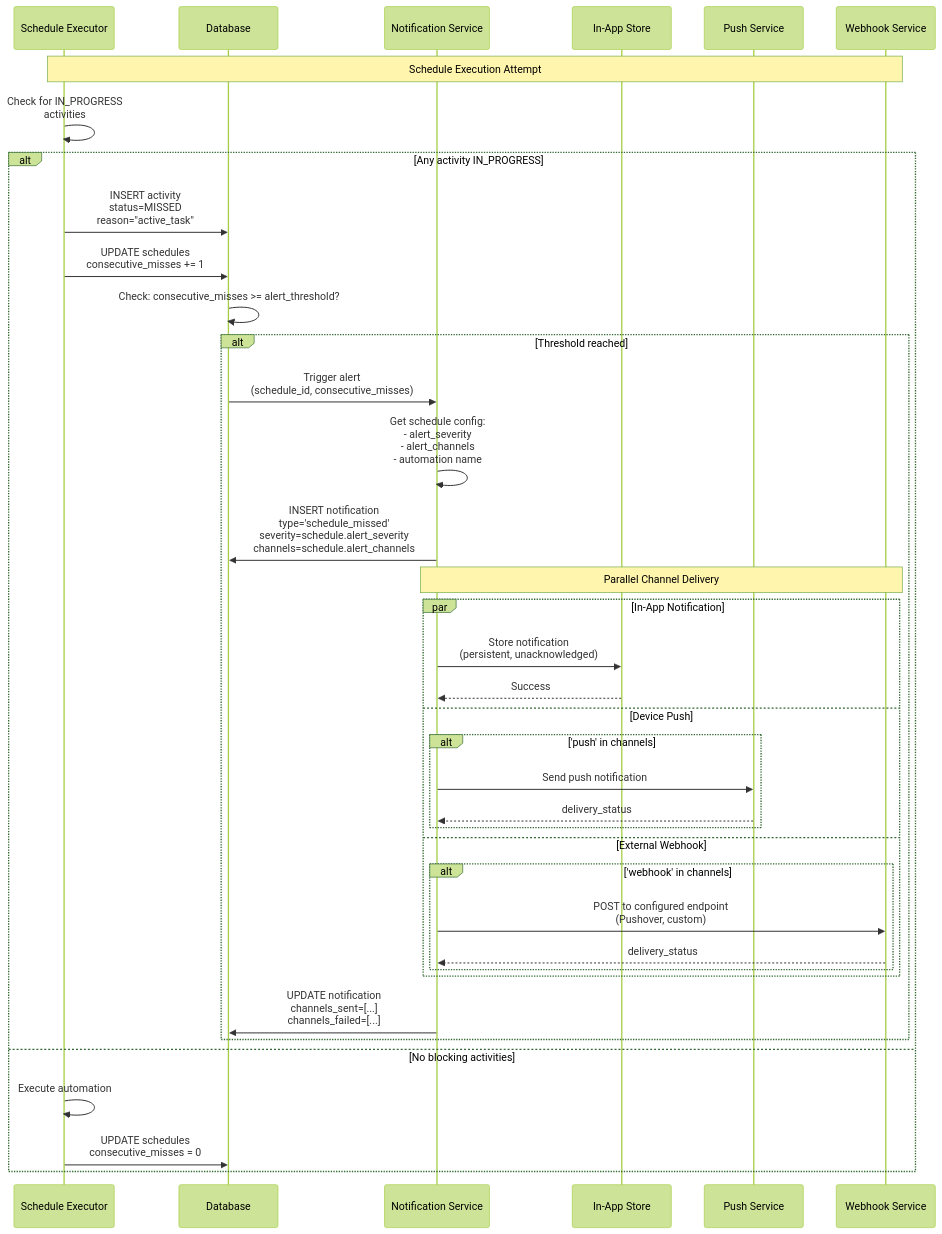
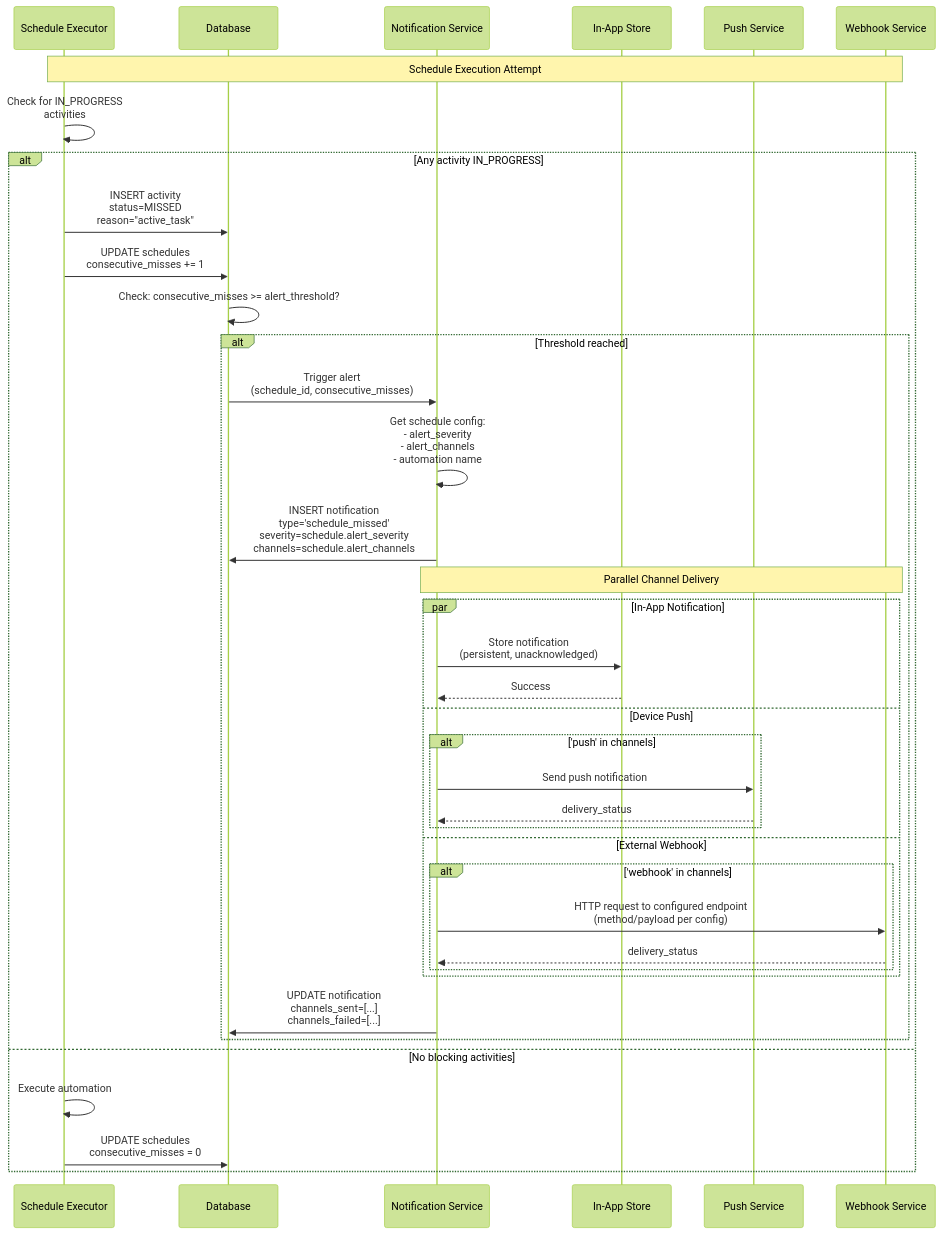
Before and after one commit to tkottke90/ai-assistant-2: the tenth of 25 diagrams in docs/ai-automation-system-design.md, drawn with Mermaid (forest theme). The commit also changed other lines of this file and 167 other files, not shown here.

````diff
--- a/docs/ai-automation-system-design.md
+++ b/docs/ai-automation-system-design.md
@@ -2611,49 +2705,49 @@
 ```mermaid
 sequenceDiagram
     participant Sched as Schedule Executor
     participant DB as Database
     participant NotifSvc as Notification Service
     participant InApp as In-App Store
     participant Push as Push Service
     participant Webhook as Webhook Service
     
     Note over Sched,Webhook: Schedule Execution Attempt
     Sched->>Sched: Check for IN_PROGRESS<br/>activities
     
     alt Any activity IN_PROGRESS
         Sched->>DB: INSERT activity<br/>status=MISSED<br/>reason="active_task"
         Sched->>DB: UPDATE schedules<br/>consecutive_misses += 1
         
         DB->>DB: Check: consecutive_misses >= alert_threshold?
         
         alt Threshold reached
             DB->>NotifSvc: Trigger alert<br/>(schedule_id, consecutive_misses)
             
             NotifSvc->>NotifSvc: Get schedule config:<br/>- alert_severity<br/>- alert_channels<br/>- automation name
             
             NotifSvc->>DB: INSERT notification<br/>type='schedule_missed'<br/>severity=schedule.alert_severity<br/>channels=schedule.alert_channels
             
             Note over NotifSvc,Webhook: Parallel Channel Delivery
             
             par In-App Notification
                 NotifSvc->>InApp: Store notification<br/>(persistent, unacknowledged)
                 InApp-->>NotifSvc: Success
             and Device Push
                 alt 'push' in channels
                     NotifSvc->>Push: Send push notification
                     Push-->>NotifSvc: delivery_status
                 end
             and External Webhook
                 alt 'webhook' in channels
-                    NotifSvc->>Webhook: POST to configured endpoint<br/>(Pushover, custom)
+                    NotifSvc->>Webhook: HTTP request to configured endpoint<br/>(method/payload per config)
                     Webhook-->>NotifSvc: delivery_status
                 end
             end
             
             NotifSvc->>DB: UPDATE notification<br/>channels_sent=[...]<br/>channels_failed=[...]
         end
     else No blocking activities
         Sched->>Sched: Execute automation
         Sched->>DB: UPDATE schedules<br/>consecutive_misses = 0
     end
 ```
````
